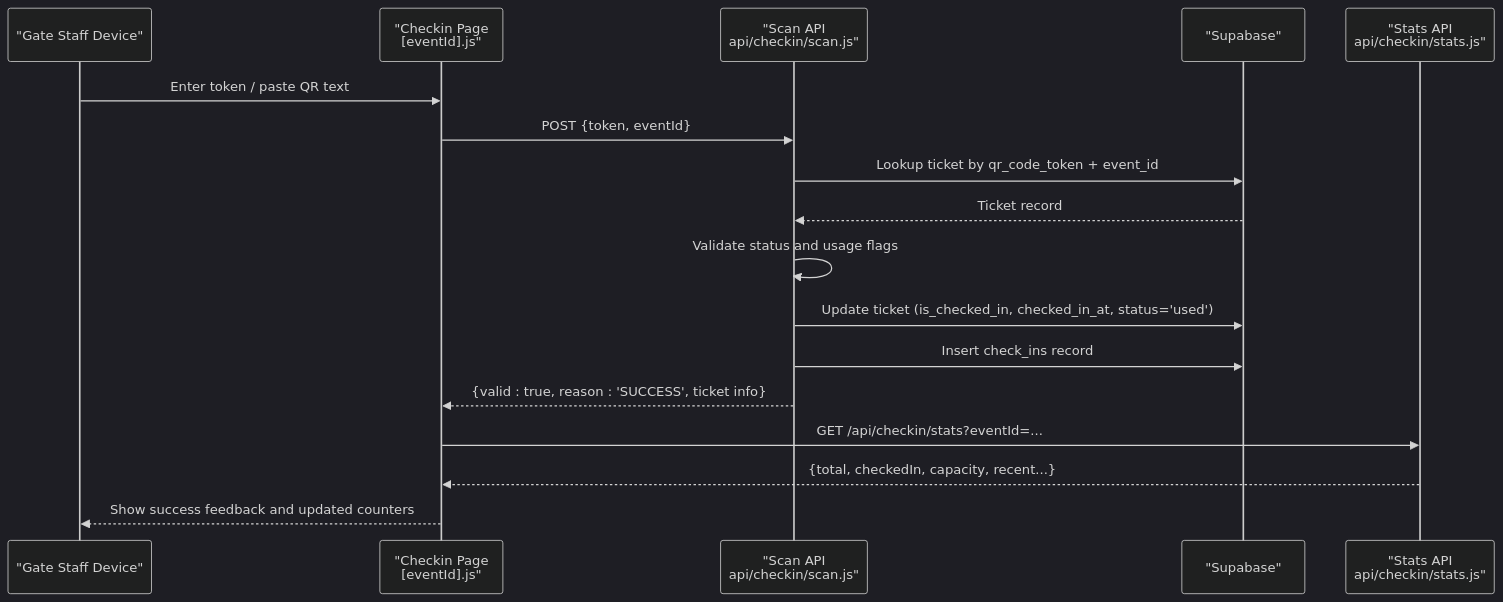
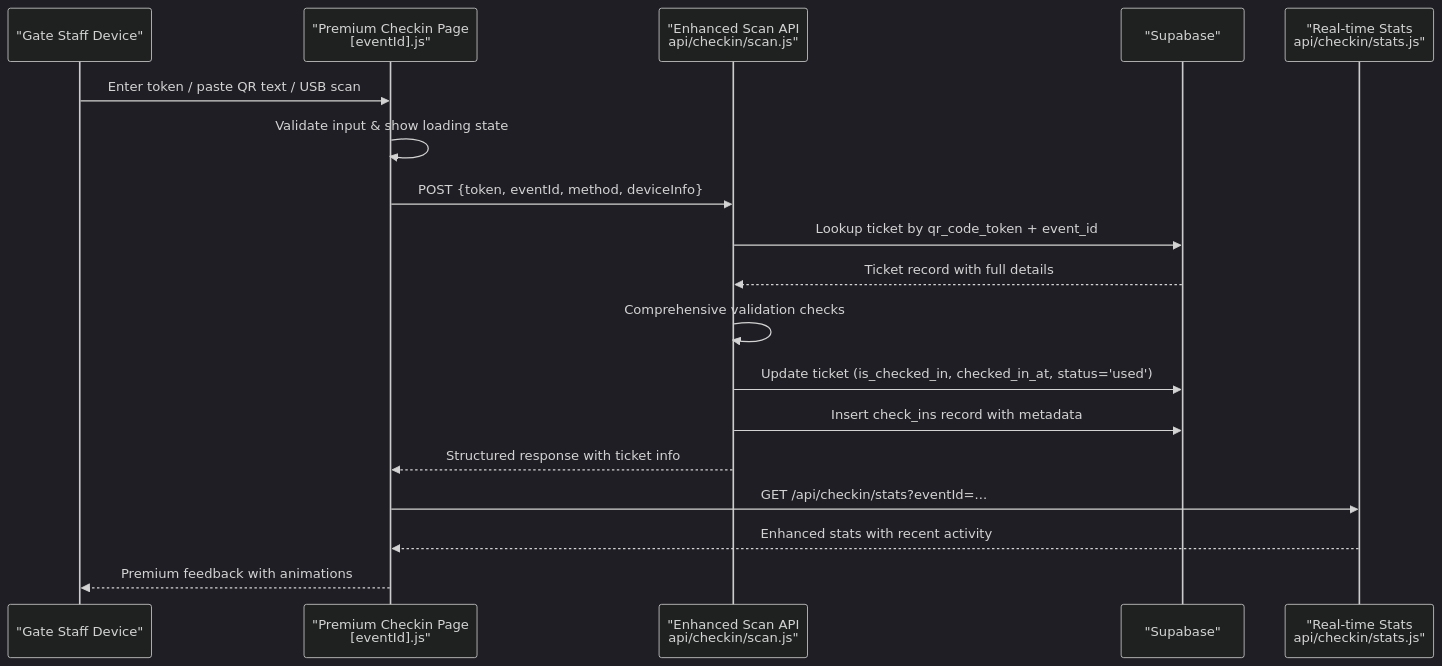
Before and after one commit to ObeyMuchechesi/TicketFlow: the second of 5 diagrams in .qoder/repowiki/en/content/Gate Check-in System/Gate Check-in System.md, drawn with Mermaid (dark theme). The commit also changed other lines of this file and 12 other files, not shown here.

First line of the commit message:
docs: EcoCash schema columns and project documentation refresh

````diff
--- a/.qoder/repowiki/en/content/Gate Check-in System/Gate Check-in System.md
+++ b/.qoder/repowiki/en/content/Gate Check-in System/Gate Check-in System.md
@@ -125,19 +145,20 @@
 ```mermaid
 sequenceDiagram
 participant Staff as "Gate Staff Device"
-participant UI as "Checkin Page<br/>[eventId].js"
-participant API as "Scan API<br/>api/checkin/scan.js"
+participant UI as "Premium Checkin Page<br/>[eventId].js"
+participant API as "Enhanced Scan API<br/>api/checkin/scan.js"
 participant DB as "Supabase"
-participant Stats as "Stats API<br/>api/checkin/stats.js"
-Staff->>UI : Enter token / paste QR text
-UI->>API : POST {token, eventId}
+participant Stats as "Real-time Stats<br/>api/checkin/stats.js"
+Staff->>UI : Enter token / paste QR text / USB scan
+UI->>UI : Validate input & show loading state
+UI->>API : POST {token, eventId, method, deviceInfo}
 API->>DB : Lookup ticket by qr_code_token + event_id
-DB-->>API : Ticket record
-API->>API : Validate status and usage flags
+DB-->>API : Ticket record with full details
+API->>API : Comprehensive validation checks
 API->>DB : Update ticket (is_checked_in, checked_in_at, status='used')
-API->>DB : Insert check_ins record
-API-->>UI : {valid : true, reason : 'SUCCESS', ticket info}
+API->>DB : Insert check_ins record with metadata
+API-->>UI : Structured response with ticket info
 UI->>Stats : GET /api/checkin/stats?eventId=...
-Stats-->>UI : {total, checkedIn, capacity, recent...}
-UI-->>Staff : Show success feedback and updated counters
+Stats-->>UI : Enhanced stats with recent activity
+UI-->>Staff : Premium feedback with animations
 ```
````
